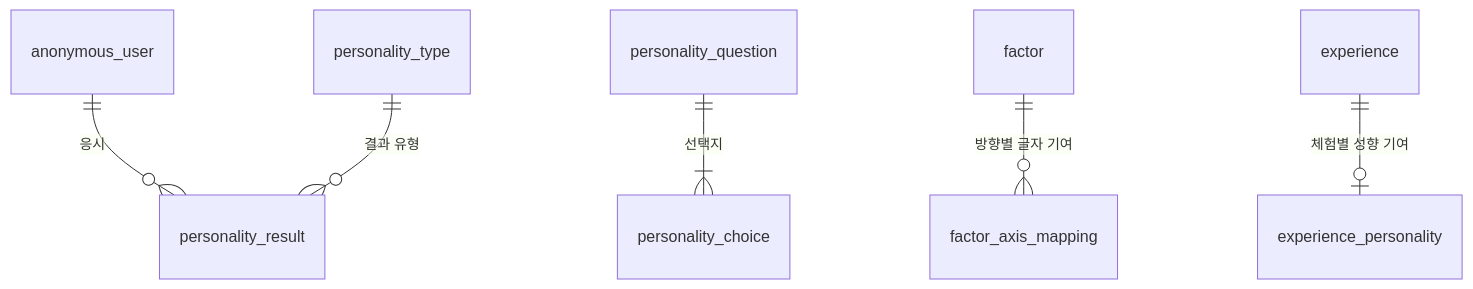
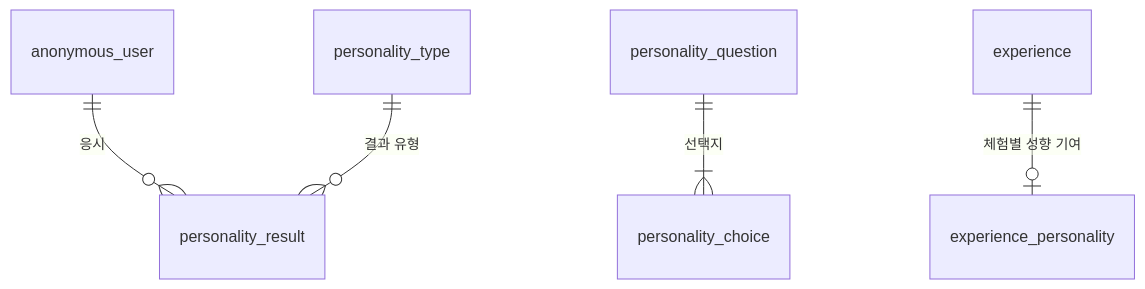
One commit to prgrms-aibe-devcourse/AIBE7_FinalProject_Team2 changed the second of 2 diagrams in docs/erd.md. Above: the diagram before and after it, drawn with Mermaid. The commit also changed other lines of this file and 4 other files, not shown here.

Commit message:
fix : COMMON-20 코드 리뷰 반영 (판단 요소 축은 BE-47 factor.value_axis 사용 · 성향 테스트 축 이름 통일 · factor_axis_mapping 제거 · WBS 선행 이슈 표기)

````diff
--- a/docs/erd.md
+++ b/docs/erd.md
@@ -640,8 +642,7 @@
 ```mermaid
 erDiagram
     anonymous_user ||--o{ personality_result : "응시"
     personality_type ||--o{ personality_result : "결과 유형"
     personality_question ||--|{ personality_choice : "선택지"
-    factor ||--o{ factor_axis_mapping : "방향별 글자 기여"
     experience ||--o| experience_personality : "체험별 성향 기여"
 ```
````
